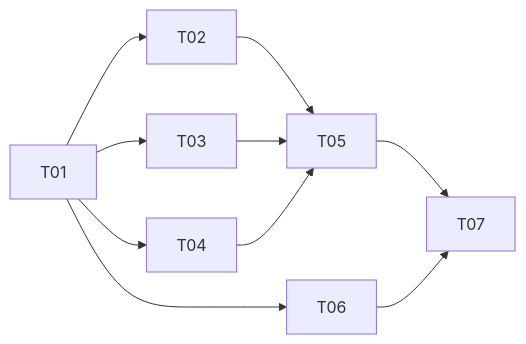
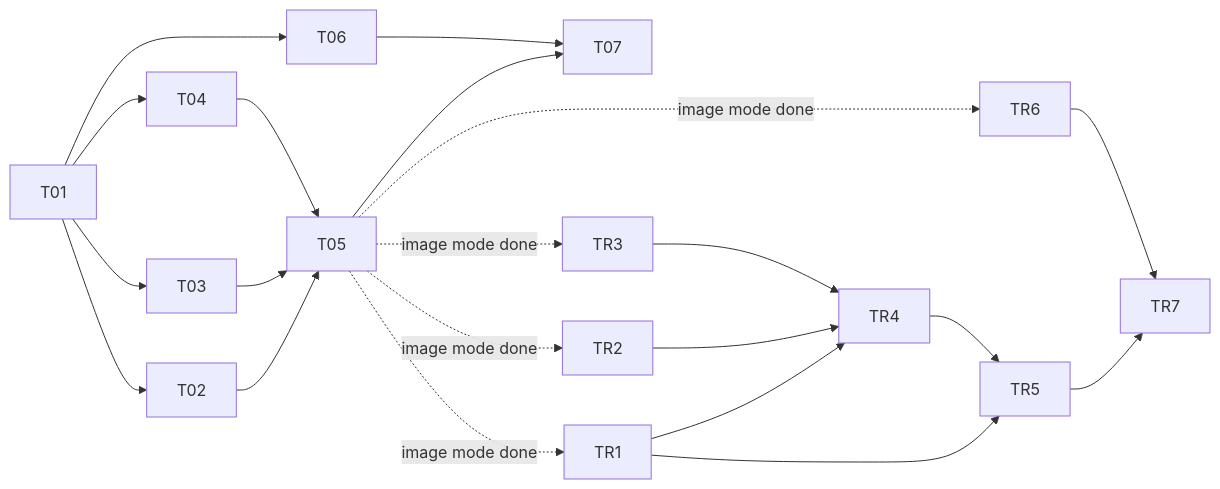
The diagram in data-collection/docs/tasks/BOARD.md (Ethilink/MVP-OKcamera), drawn with Mermaid before and after one commit. The commit also changed other lines of this file and 10 other files, not shown here.

````diff
--- a/data-collection/docs/tasks/BOARD.md
+++ b/data-collection/docs/tasks/BOARD.md
@@ -64,6 +87,10 @@
 ```mermaid
 flowchart LR
     T01 --> T02 & T03 & T04 & T06
     T02 & T03 & T04 --> T05
     T05 & T06 --> T07
+    T05 -.image mode done.-> TR1 & TR2 & TR3 & TR6
+    TR1 & TR2 & TR3 --> TR4
+    TR1 & TR4 --> TR5
+    TR5 & TR6 --> TR7
 ```
````
